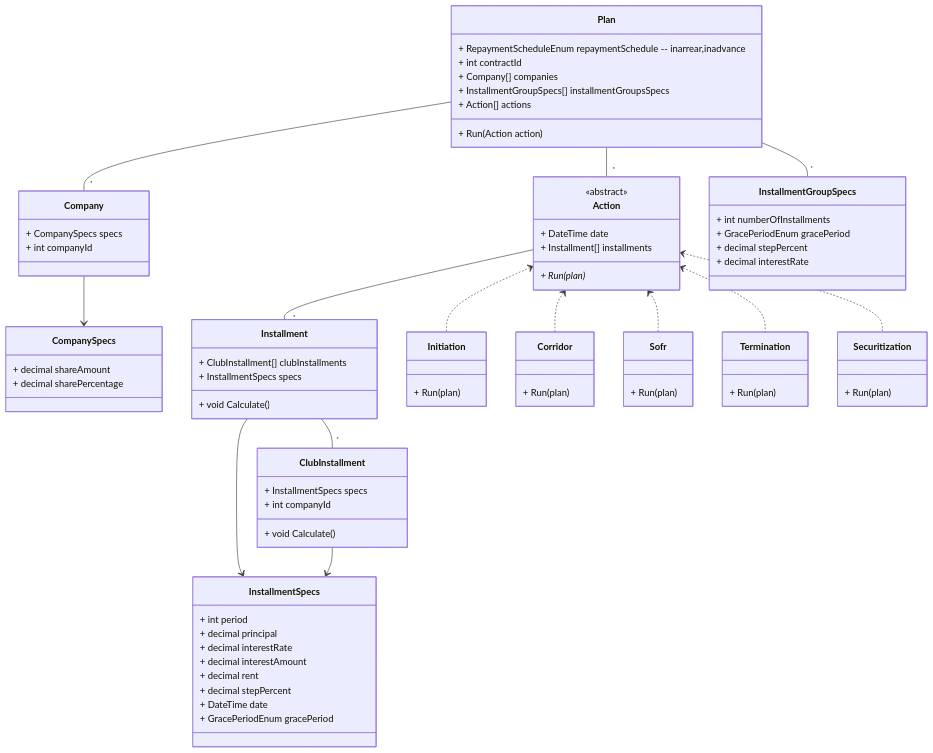
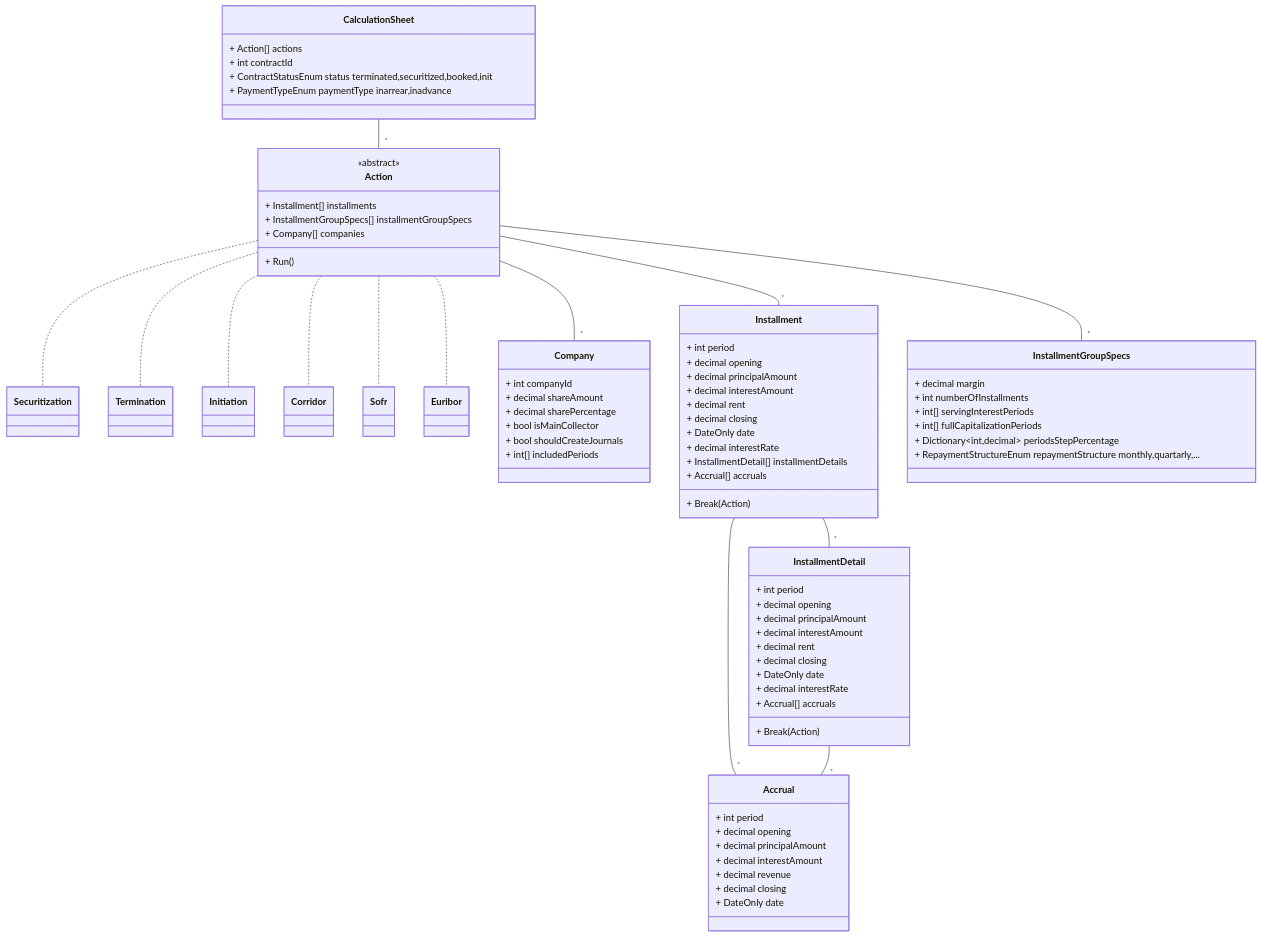
The diagram in InstallmentPlanner/README.md (Mohamed-Fathy-Salah/LLD), drawn with Mermaid before and after one commit. The commit also changed 7 other files, not shown here.

````diff
--- a/InstallmentPlanner/README.md
+++ b/InstallmentPlanner/README.md
@@ -1,79 +1,79 @@
 ```mermaid
 classDiagram
-    class Plan {
-        + RepaymentScheduleEnum repaymentSchedule -- inarrear,inadvance
+    class CalculationSheet {
+        + Action[] actions
         + int contractId
-        + Company[] companies
-        + InstallmentGroupSpecs[] installmentGroupsSpecs
-        + Action[] actions
-        + Run(Action action)
+        + ContractStatusEnum status terminated,securitized,booked,init
+        + PaymentTypeEnum paymentType inarrear,inadvance
     }
-    Plan -- "*" Action
-    Plan -- "*" Company
-    Plan -- "*" InstallmentGroupSpecs
-    Company --> CompanySpecs
-    Action -- "*" Installment
-    Installment -- "*" ClubInstallment
-    Installment --> InstallmentSpecs
-    ClubInstallment --> InstallmentSpecs
+    CalculationSheet -- "*" Action
     class Action {
         <<abstract>>
-        + DateTime date
         + Installment[] installments
-        + Run(plan)*
+        + InstallmentGroupSpecs[] installmentGroupSpecs
+        + Company[] companies
+        + Run()
     }
-    class Initiation {
-        + Run(plan)
+    Action .. Securitization
+    Action .. Termination
+    Action .. Initiation
+    Action .. Corridor
+    Action .. Sofr
+    Action .. Euribor
+    Action -- "*" Company
+    Action -- "*" Installment
+    Action -- "*" InstallmentGroupSpecs
+    class InstallmentGroupSpecs{
+        + decimal margin
+        + int numberOfInstallments
+        + int[] servingInterestPeriods 
+        + int[] fullCapitalizationPeriods 
+        + Dictionary~int,decimal~ periodsStepPercentage
+        + RepaymentStructureEnum repaymentStructure monthly,quartarly,...
     }
-    class Corridor {
-        + Run(plan)
+    class Company {
+        + int companyId
+        + decimal shareAmount
+        + decimal sharePercentage
+        + bool isMainCollector
+        + bool shouldCreateJournals
+        + int[] includedPeriods
     }
-    class Sofr {
-        + Run(plan)
-    }
-    class Termination {
-        + Run(plan)
-    }
-    class Securitization {
-        + Run(plan)
-    }
-    Action <.. Initiation
-    Action <.. Corridor
-    Action <.. Sofr
-    Action <.. Termination
-    Action <.. Securitization
-    class InstallmentSpecs {
+    class Installment {
         + int period
-        + decimal principal
-        + decimal interestRate
+        + decimal opening
+        + decimal principalAmount
         + decimal interestAmount
         + decimal rent
-        + decimal stepPercent
-        + DateTime date
-        + GracePeriodEnum gracePeriod
+        + decimal closing
+        + DateOnly date
+        + decimal interestRate
+        + InstallmentDetail[] installmentDetails
+        + Accrual[] accruals
+        + Break(Action)
     }
-    class CompanySpecs {
-        + decimal shareAmount
-        + decimal sharePercentage
+    Installment -- "*" InstallmentDetail
+    class InstallmentDetail {
+        + int period
+        + decimal opening
+        + decimal principalAmount
+        + decimal interestAmount
+        + decimal rent
+        + decimal closing
+        + DateOnly date
+        + decimal interestRate
+        + Accrual[] accruals
+        + Break(Action)
     }
-    class InstallmentGroupSpecs {
-        + int numberOfInstallments
-        + GracePeriodEnum gracePeriod
-        + decimal stepPercent
-        + decimal interestRate
-    }
-    class Installment {
-        + ClubInstallment[] clubInstallments
-        + InstallmentSpecs specs
-        + void Calculate()
-    }
-    class ClubInstallment {
-        + InstallmentSpecs specs
-        + int companyId
-        + void Calculate()
-    }
-    class Company {
-        + CompanySpecs specs
-        + int companyId
+    Installment -- "*" Accrual
+    InstallmentDetail -- "*" Accrual
+    class Accrual {
+        + int period
+        + decimal opening
+        + decimal principalAmount
+        + decimal interestAmount
+        + decimal revenue
+        + decimal closing
+        + DateOnly date
     }
 ```
````
